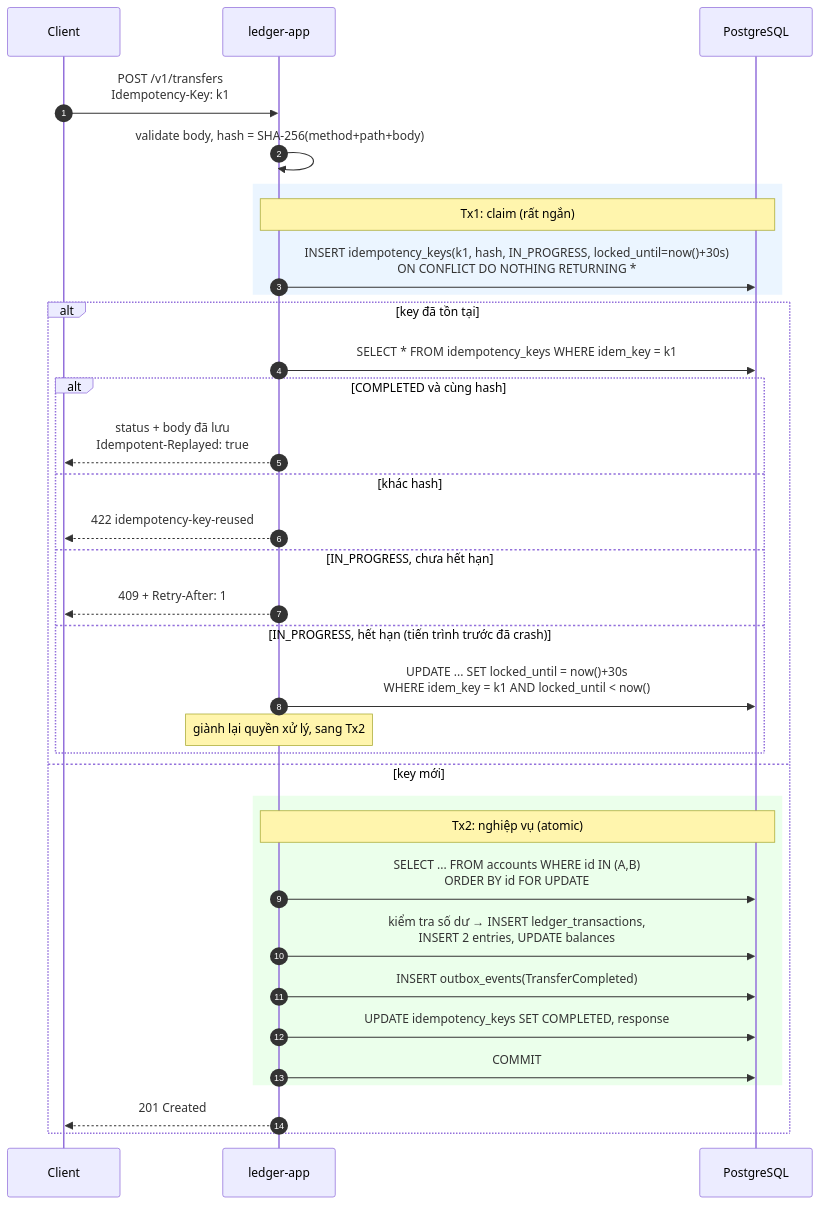
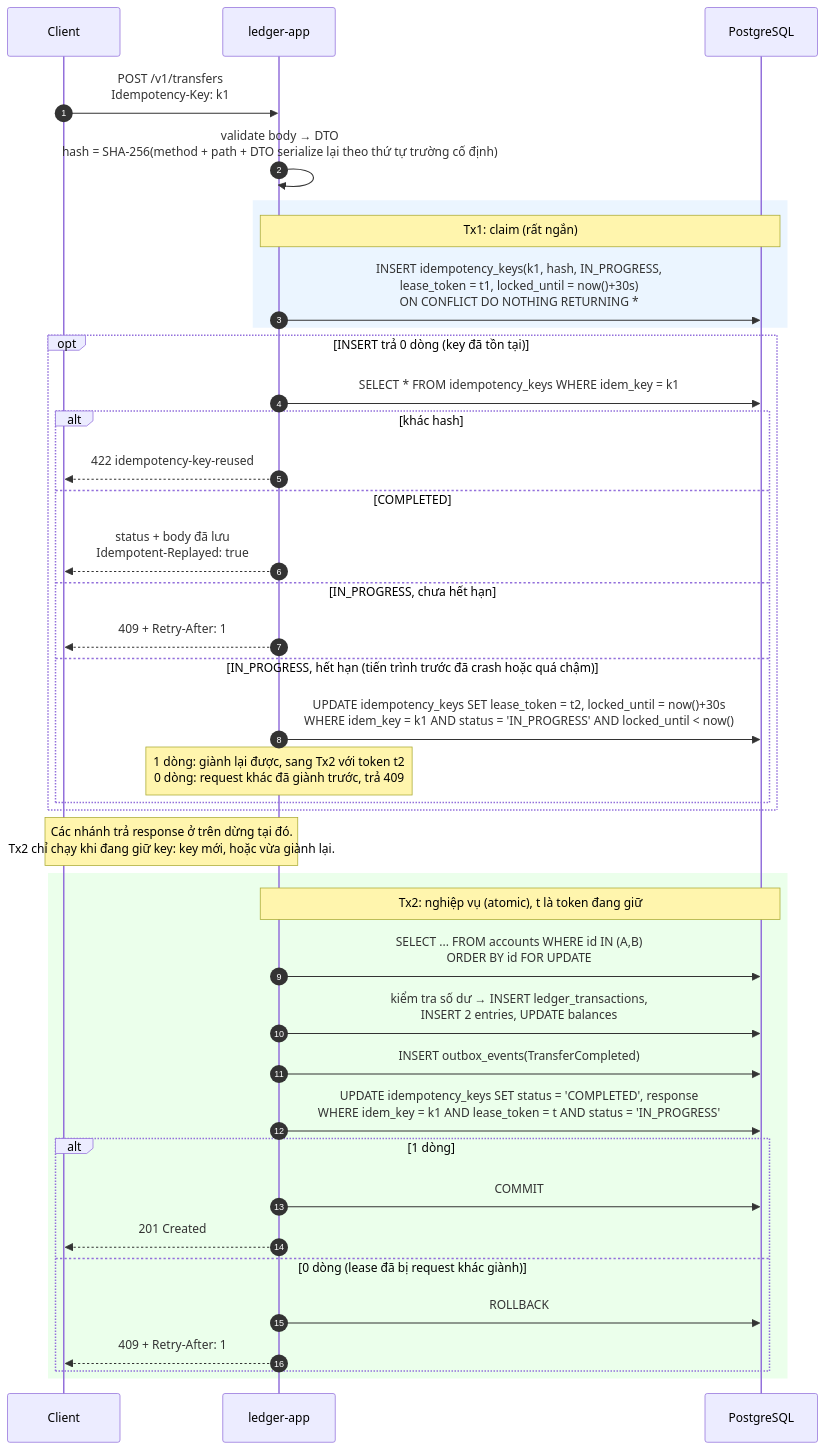
One commit to HoangThanhMan/ledgerly changed the sixth of 10 diagrams in docs/01-kien-truc.md. Above: the diagram before and after it, drawn with Mermaid. The commit also changed other lines of this file and 2 other files, not shown here.

Commit message:
docs: review architecture (#68)
* docs: review architecture

Close a double-execution gap in the two-phase idempotency flow: a slow
Tx2 could still mark a key COMPLETED after another request reclaimed it.
Also allow reconciliation to call topup, which flow 6.5 already needs.

Refs #2

* docs: tighten adr-0002 mysql comparison and cite survey source

MySQL has no deferred constraint checking at all, which is the main
reason I1 can only be enforced at commit time in PostgreSQL.

Closes #4

---------

````diff
--- a/docs/01-kien-truc.md
+++ b/docs/01-kien-truc.md
@@ -302,39 +307,45 @@
 ```mermaid
 sequenceDiagram
     autonumber
     participant C as Client
     participant A as ledger-app
     participant DB as PostgreSQL
 
     C->>A: POST /v1/transfers<br/>Idempotency-Key: k1
-    A->>A: validate body, hash = SHA-256(method+path+body)
+    A->>A: validate body → DTO<br/>hash = SHA-256(method + path + DTO serialize lại theo thứ tự trường cố định)
 
     rect rgb(235, 245, 255)
     Note over A,DB: Tx1: claim (rất ngắn)
-    A->>DB: INSERT idempotency_keys(k1, hash, IN_PROGRESS, locked_until=now()+30s)<br/>ON CONFLICT DO NOTHING RETURNING *
+    A->>DB: INSERT idempotency_keys(k1, hash, IN_PROGRESS,<br/>lease_token = t1, locked_until = now()+30s)<br/>ON CONFLICT DO NOTHING RETURNING *
     end
 
-    alt key đã tồn tại
+    opt INSERT trả 0 dòng (key đã tồn tại)
         A->>DB: SELECT * FROM idempotency_keys WHERE idem_key = k1
-        alt COMPLETED và cùng hash
+        alt khác hash
+            A-->>C: 422 idempotency-key-reused
+        else COMPLETED
             A-->>C: status + body đã lưu<br/>Idempotent-Replayed: true
-        else khác hash
-            A-->>C: 422 idempotency-key-reused
         else IN_PROGRESS, chưa hết hạn
             A-->>C: 409 + Retry-After: 1
-        else IN_PROGRESS, hết hạn (tiến trình trước đã crash)
-            A->>DB: UPDATE ... SET locked_until = now()+30s<br/>WHERE idem_key = k1 AND locked_until < now()
-            Note over A: giành lại quyền xử lý, sang Tx2
+        else IN_PROGRESS, hết hạn (tiến trình trước đã crash hoặc quá chậm)
+            A->>DB: UPDATE idempotency_keys SET lease_token = t2, locked_until = now()+30s<br/>WHERE idem_key = k1 AND status = 'IN_PROGRESS' AND locked_until < now()
+            Note over A: 1 dòng: giành lại được, sang Tx2 với token t2<br/>0 dòng: request khác đã giành trước, trả 409
         end
-    else key mới
-        rect rgb(235, 255, 235)
-        Note over A,DB: Tx2: nghiệp vụ (atomic)
-        A->>DB: SELECT ... FROM accounts WHERE id IN (A,B)<br/>ORDER BY id FOR UPDATE
-        A->>DB: kiểm tra số dư → INSERT ledger_transactions,<br/>INSERT 2 entries, UPDATE balances
-        A->>DB: INSERT outbox_events(TransferCompleted)
-        A->>DB: UPDATE idempotency_keys SET COMPLETED, response
+    end
+    Note over C,A: Các nhánh trả response ở trên dừng tại đó.<br/>Tx2 chỉ chạy khi đang giữ key: key mới, hoặc vừa giành lại.
+
+    rect rgb(235, 255, 235)
+    Note over A,DB: Tx2: nghiệp vụ (atomic), t là token đang giữ
+    A->>DB: SELECT ... FROM accounts WHERE id IN (A,B)<br/>ORDER BY id FOR UPDATE
+    A->>DB: kiểm tra số dư → INSERT ledger_transactions,<br/>INSERT 2 entries, UPDATE balances
+    A->>DB: INSERT outbox_events(TransferCompleted)
+    A->>DB: UPDATE idempotency_keys SET status = 'COMPLETED', response<br/>WHERE idem_key = k1 AND lease_token = t AND status = 'IN_PROGRESS'
+    alt 1 dòng
         A->>DB: COMMIT
-        end
         A-->>C: 201 Created
+    else 0 dòng (lease đã bị request khác giành)
+        A->>DB: ROLLBACK
+        A-->>C: 409 + Retry-After: 1
+    end
     end
 ```
````
